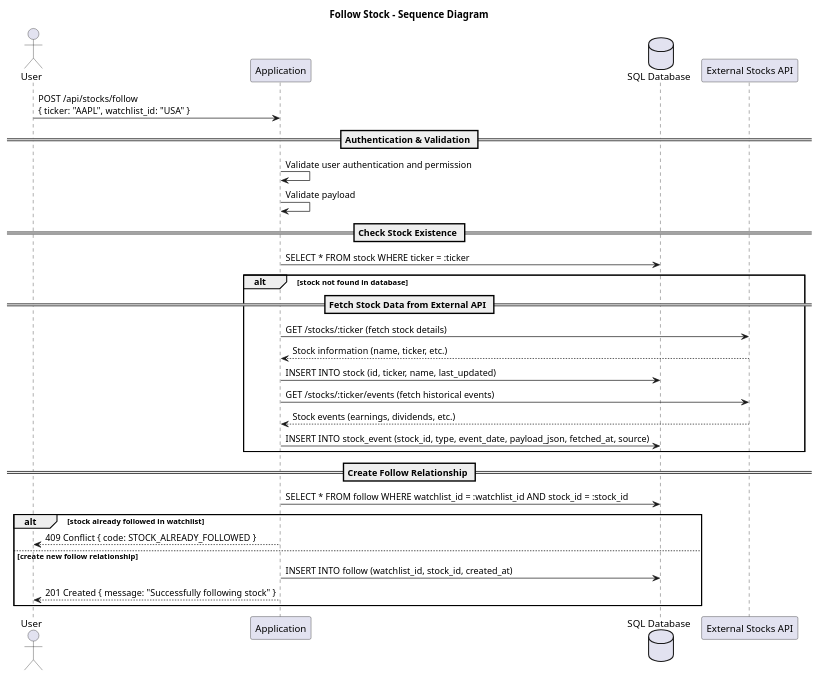
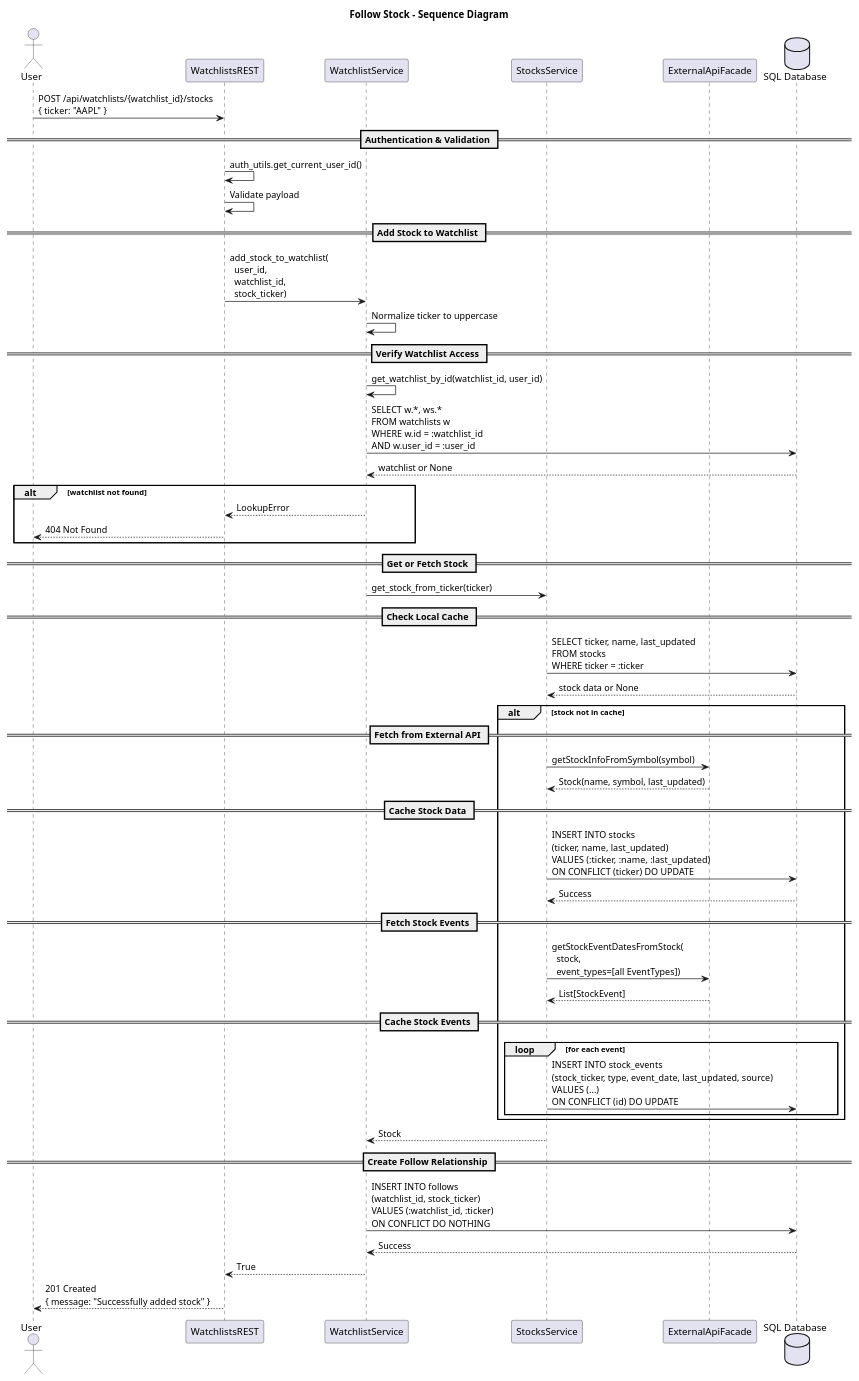
One commit to PhilippXXY/ticker-cal-tracker changed the diagram in docs/uml/sequence_diagram_follow_stock.puml. Above: the diagram before and after it, drawn with PlantUML. The commit also changed 16 other files, not shown here.

Commit message:
Update UML diagrams to reflect current codebase

```diff
--- a/docs/uml/sequence_diagram_follow_stock.puml
+++ b/docs/uml/sequence_diagram_follow_stock.puml
@@ -1,38 +1,67 @@
 @startuml sequence_diagram_follow_stock
 title Follow Stock - Sequence Diagram
 
 actor User
-participant "Application" as APP
+participant "WatchlistsREST" as REST
+participant "WatchlistService" as WSVC
+participant "StocksService" as SSVC
+participant "ExternalApiFacade" as EXT
 database "SQL Database" as DB
-participant "External Stocks API" as EXT
 
-User -> APP: POST /api/stocks/follow\n{ ticker: "AAPL", watchlist_id: "USA" }
+User -> REST: POST /api/watchlists/{watchlist_id}/stocks\n{ ticker: "AAPL" }
 
 == Authentication & Validation ==
-APP -> APP: Validate user authentication and permission
-APP -> APP: Validate payload
+REST -> REST: auth_utils.get_current_user_id()
+REST -> REST: Validate payload
 
-== Check Stock Existence ==
-APP -> DB: SELECT * FROM stock WHERE ticker = :ticker
+== Add Stock to Watchlist ==
+REST -> WSVC: add_stock_to_watchlist(\n  user_id,\n  watchlist_id,\n  stock_ticker)
 
-alt stock not found in database
-    == Fetch Stock Data from External API ==
-    APP -> EXT: GET /stocks/:ticker (fetch stock details)
-    EXT --> APP: Stock information (name, ticker, etc.)
-    APP -> DB: INSERT INTO stock (id, ticker, name, last_updated)
-    
-    APP -> EXT: GET /stocks/:ticker/events (fetch historical events)
-    EXT --> APP: Stock events (earnings, dividends, etc.)
-    APP -> DB: INSERT INTO stock_event (stock_id, type, event_date, payload_json, fetched_at, source)
+WSVC -> WSVC: Normalize ticker to uppercase
+
+== Verify Watchlist Access ==
+WSVC -> WSVC: get_watchlist_by_id(watchlist_id, user_id)
+WSVC -> DB: SELECT w.*, ws.*\nFROM watchlists w\nWHERE w.id = :watchlist_id\nAND w.user_id = :user_id
+DB --> WSVC: watchlist or None
+
+alt watchlist not found
+  WSVC --> REST: LookupError
+  REST --> User: 404 Not Found
 end
 
+== Get or Fetch Stock ==
+WSVC -> SSVC: get_stock_from_ticker(ticker)
+
+== Check Local Cache ==
+SSVC -> DB: SELECT ticker, name, last_updated\nFROM stocks\nWHERE ticker = :ticker
+DB --> SSVC: stock data or None
+
+alt stock not in cache
+  == Fetch from External API ==
+  SSVC -> EXT: getStockInfoFromSymbol(symbol)
+  EXT --> SSVC: Stock(name, symbol, last_updated)
+  
+  == Cache Stock Data ==
+  SSVC -> DB: INSERT INTO stocks\n(ticker, name, last_updated)\nVALUES (:ticker, :name, :last_updated)\nON CONFLICT (ticker) DO UPDATE
+  DB --> SSVC: Success
+  
+  == Fetch Stock Events ==
+  SSVC -> EXT: getStockEventDatesFromStock(\n  stock,\n  event_types=[all EventTypes])
+  EXT --> SSVC: List[StockEvent]
+  
+  == Cache Stock Events ==
+  loop for each event
+    SSVC -> DB: INSERT INTO stock_events\n(stock_ticker, type, event_date, last_updated, source)\nVALUES (...)\nON CONFLICT (id) DO UPDATE
+  end
+end
+
+SSVC --> WSVC: Stock
+
 == Create Follow Relationship ==
-APP -> DB: SELECT * FROM follow WHERE watchlist_id = :watchlist_id AND stock_id = :stock_id
+WSVC -> DB: INSERT INTO follows\n(watchlist_id, stock_ticker)\nVALUES (:watchlist_id, :ticker)\nON CONFLICT DO NOTHING
+DB --> WSVC: Success
 
-alt stock already followed in watchlist
-    APP --> User: 409 Conflict { code: STOCK_ALREADY_FOLLOWED }
-else create new follow relationship
-    APP -> DB: INSERT INTO follow (watchlist_id, stock_id, created_at)
-    APP --> User: 201 Created { message: "Successfully following stock" }
-end
+WSVC --> REST: True
+REST --> User: 201 Created\n{ message: "Successfully added stock" }
+
 @enduml
```
